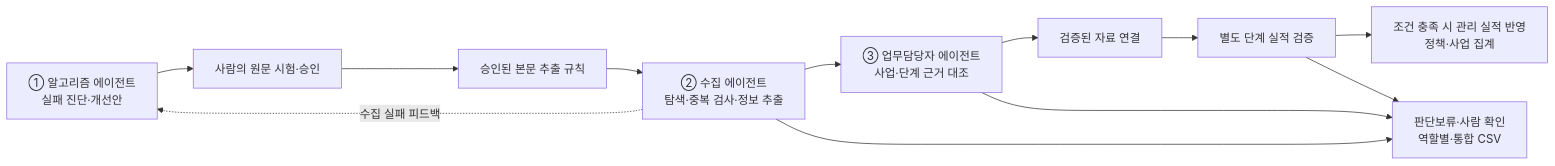
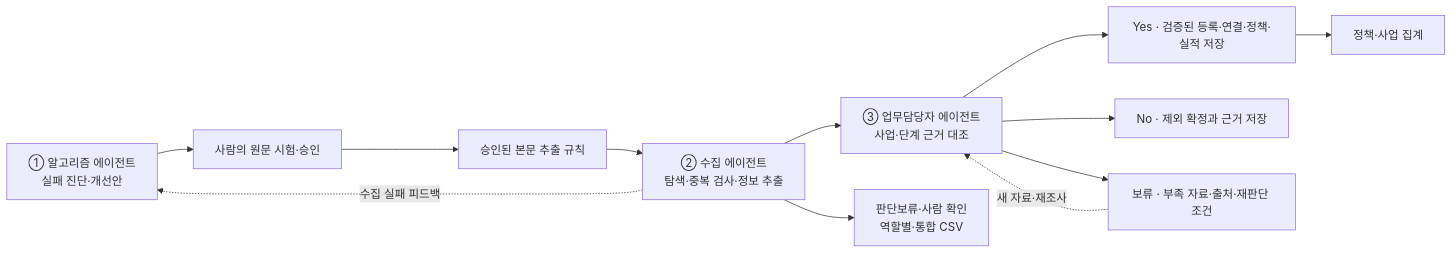
The first of 5 diagrams in PoC/10-home/README.md (acesharp81/minslab), drawn with Mermaid before and after one commit. The commit also changed other lines of this file and 117 other files, not shown here.

````diff
--- a/PoC/10-home/README.md
+++ b/PoC/10-home/README.md
@@ -33,14 +33,14 @@
 ```mermaid
 flowchart LR
     A[① 알고리즘 에이전트<br/>실패 진단·개선안] --> V[사람의 원문 시험·승인]
     V --> R[승인된 본문 추출 규칙]
     R --> B[② 수집 에이전트<br/>탐색·중복 검사·정보 추출]
     B --> C[③ 업무담당자 에이전트<br/>사업·단계 근거 대조]
-    C --> L[검증된 자료 연결]
-    L --> S[별도 단계 실적 검증]
-    S --> P[조건 충족 시 관리 실적 반영<br/>정책·사업 집계]
+    C --> L[Yes · 검증된 등록·연결·정책·실적 저장]
+    C --> N[No · 제외 확정과 근거 저장]
+    L --> P[정책·사업 집계]
     B --> H[판단보류·사람 확인<br/>역할별·통합 CSV]
-    C --> H
-    S --> H
+    C --> D[보류 · 부족 자료·출처·재판단 조건]
+    D -. 새 자료·재조사 .-> C
     B -. 수집 실패 피드백 .-> A
 ```
````
